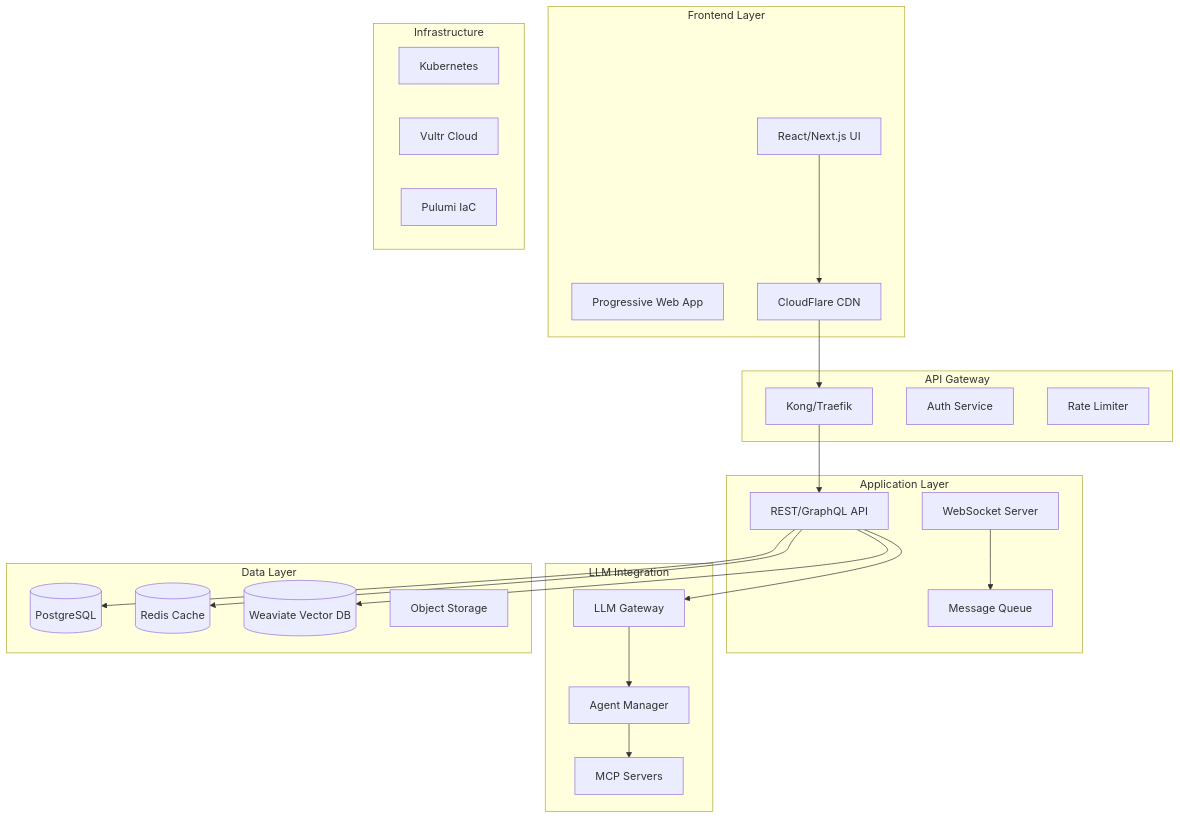
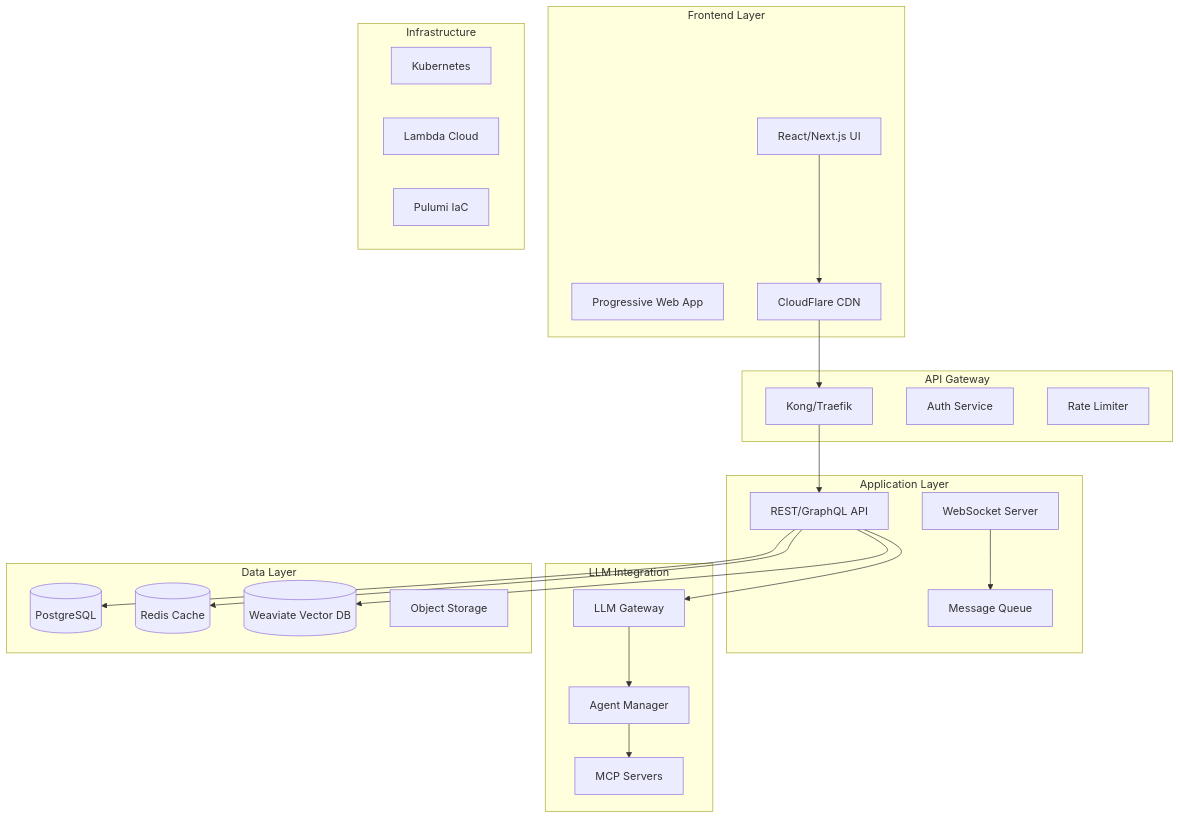
Before and after one commit to ai-cherry/orchestra-main: the diagram in docs/COMPREHENSIVE_WEB_APP_IMPLEMENTATION_GUIDE.md, drawn with Mermaid. The commit also changed other lines of this file and 519 other files, not shown here.

````diff
--- a/docs/COMPREHENSIVE_WEB_APP_IMPLEMENTATION_GUIDE.md
+++ b/docs/COMPREHENSIVE_WEB_APP_IMPLEMENTATION_GUIDE.md
@@ -33,50 +33,50 @@
 ```mermaid
 graph TB
     subgraph "Frontend Layer"
         UI[React/Next.js UI]
         PWA[Progressive Web App]
         CDN[CloudFlare CDN]
     end
     
     subgraph "API Gateway"
         APIGW[Kong/Traefik]
         AUTH[Auth Service]
         RATE[Rate Limiter]
     end
     
     subgraph "Application Layer"
         API[REST/GraphQL API]
         WS[WebSocket Server]
         QUEUE[Message Queue]
     end
     
     subgraph "LLM Integration"
         LLM[LLM Gateway]
         AGENT[Agent Manager]
         MCP[MCP Servers]
     end
     
     subgraph "Data Layer"
         PG[(PostgreSQL)]
         REDIS[(Redis Cache)]
         WEAVIATE[(Weaviate Vector DB)]
         S3[Object Storage]
     end
     
     subgraph "Infrastructure"
         K8S[Kubernetes]
-        VULTR[Vultr Cloud]
+        Lambda[Lambda Cloud]
         PULUMI[Pulumi IaC]
     end
     
     UI --> CDN
     CDN --> APIGW
     APIGW --> API
     API --> LLM
     API --> PG
     API --> REDIS
     LLM --> AGENT
     AGENT --> MCP
     API --> WEAVIATE
     WS --> QUEUE
 ```
````
